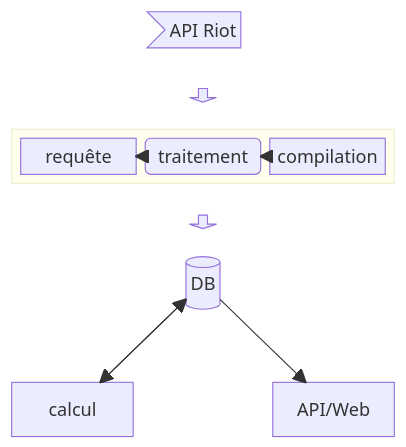
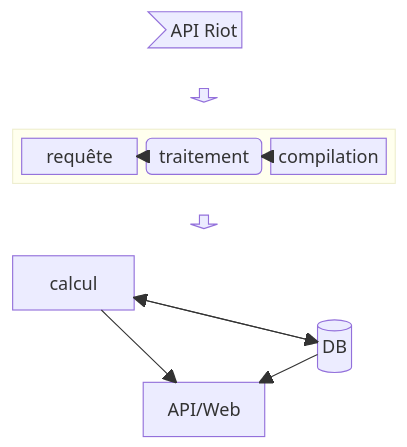
The diagram in README.md (tom-favereau/ASE_Katia_Alicia_Alexandre_Tom), drawn with Mermaid before and after one commit.

Commit message:
Update README.md
deuxième test

````diff
--- a/README.md
+++ b/README.md
@@ -68,21 +68,22 @@
 ```mermaid
 block-beta
     columns 3
     doc>"API Riot"]:3
     space down1<[" "]>(down) space
 
   block:e:3
           l["requête"]
           m("traitement")
           r["compilation"]
   end
     space down2<[" "]>(down) space
-    db[("DB")]:3
+    calcul
     space:3
-    calcul space API/Web
+    db[("DB")]:3 space API/Web
     db --> calcul
     calcul --> db
     db --> API/Web
+    calcul --> API/Web
     m --> l 
     r --> m
 ```
````
